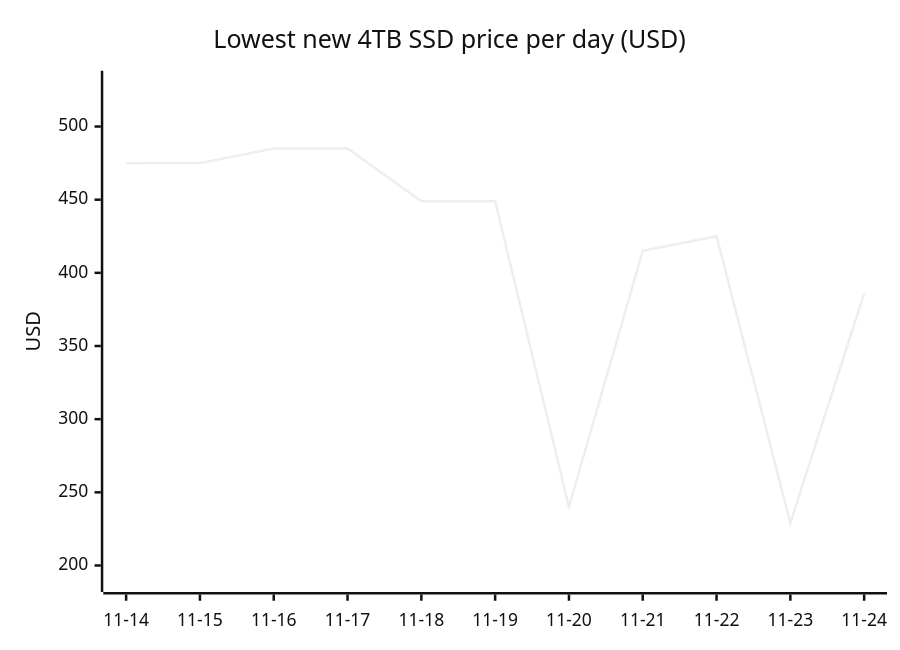
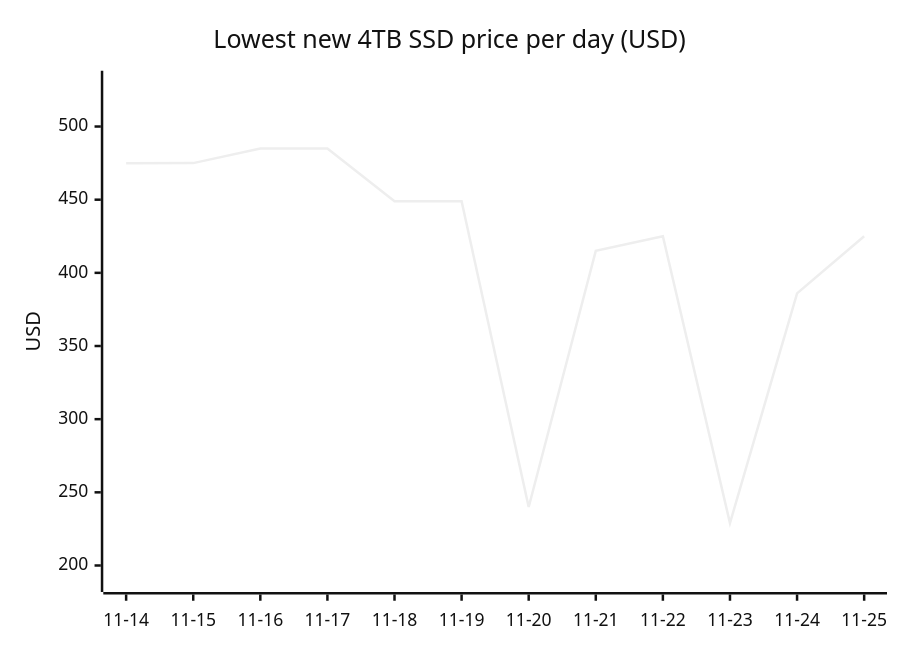
Before and after one commit to 7324136828/4tb_ssd_price_watch: the first of 18 diagrams in README.md, drawn with Mermaid (neutral theme). The commit also changed other lines of this file, not shown here.

````diff
--- a/README.md
+++ b/README.md
@@ -81,7 +81,7 @@
 ```mermaid
 xychart-beta
     title "Lowest new 4TB SSD price per day (USD)"
-    x-axis ["11-14", "11-15", "11-16", "11-17", "11-18", "11-19", "11-20", "11-21", "11-22", "11-23", "11-24"]
+    x-axis ["11-14", "11-15", "11-16", "11-17", "11-18", "11-19", "11-20", "11-21", "11-22", "11-23", "11-24", "11-25"]
     y-axis "USD" 190 --> 530
-    line [474.97, 475.00, 484.99, 484.99, 448.88, 448.88, 239.99, 415.00, 425.00, 229.00, 385.99]
+    line [474.97, 475.00, 484.99, 484.99, 448.88, 448.88, 239.99, 415.00, 425.00, 229.00, 385.99, 425.00]
 ```
````
